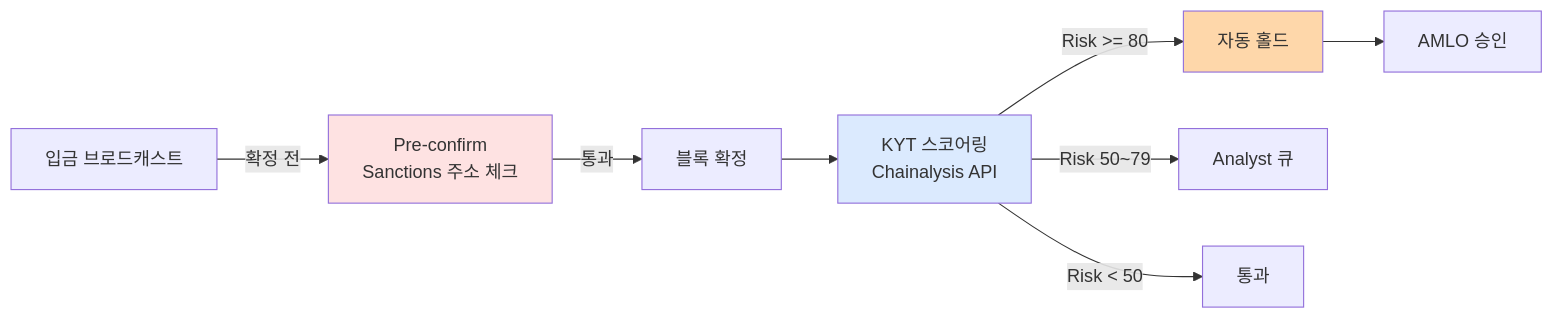
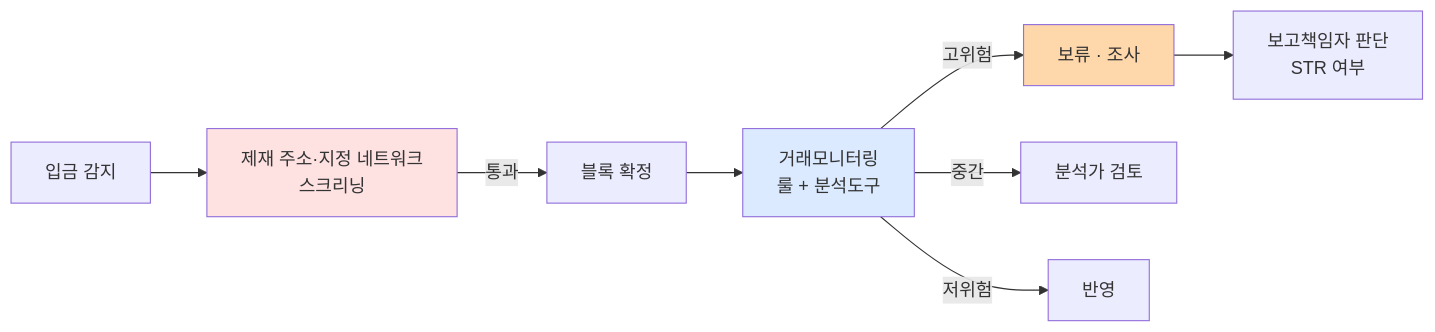
One commit to lala-david/aml-notes changed the fourth of 4 diagrams in notes/1-foundations/why-crypto-different.md. Above: the diagram before and after it, drawn with Mermaid. The commit also changed other lines of this file and 233 other files, not shown here.

````diff
--- a/notes/1-foundations/why-crypto-different.md
+++ b/notes/1-foundations/why-crypto-different.md
@@ -217,13 +260,13 @@
 ```mermaid
 flowchart LR
-    DEP[입금 브로드캐스트] -->|확정 전| PRE[Pre-confirm<br/>Sanctions 주소 체크]
+    DEP[입금 감지] --> PRE["제재 주소·지정 네트워크<br/>스크리닝"]
     PRE -->|통과| CONF[블록 확정]
-    CONF --> KYT[KYT 스코어링<br/>Chainalysis API]
-    KYT -->|Risk >= 80| HOLD[자동 홀드]
-    KYT -->|Risk 50~79| REV[Analyst 큐]
-    KYT -->|Risk < 50| OK[통과]
-    HOLD --> AMLO[AMLO 승인]
+    CONF --> KYT["거래모니터링<br/>룰 + 분석도구"]
+    KYT -->|고위험| HOLD["보류 · 조사"]
+    KYT -->|중간| REV[분석가 검토]
+    KYT -->|저위험| OK[반영]
+    HOLD --> AMLO["보고책임자 판단<br/>STR 여부"]
     style PRE fill:#fee2e2
     style HOLD fill:#fed7aa
     style KYT fill:#dbeafe
 ```
````
